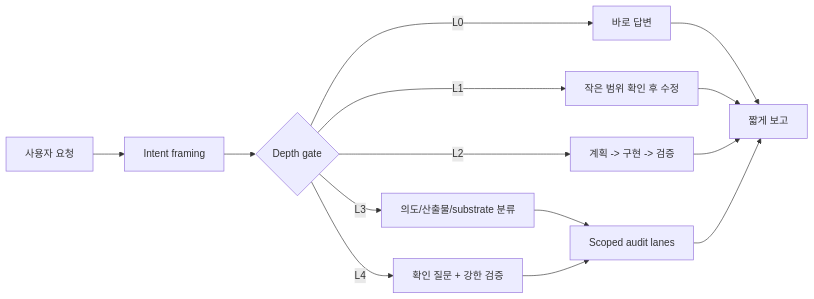
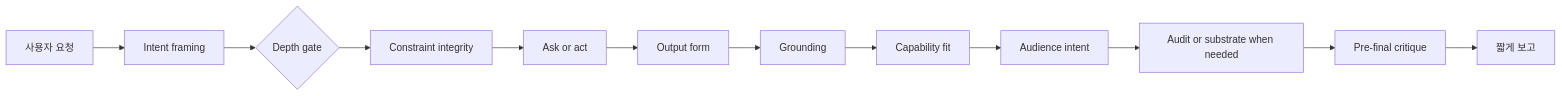
The diagram in README.md (Nam-Cheol/codex-fable-mode), drawn with Mermaid before and after one commit. The commit also changed other lines of this file and 13 other files, not shown here.

````diff
--- a/README.md
+++ b/README.md
@@ -30,16 +34,14 @@
 ```mermaid
 flowchart LR
     A["사용자 요청"] --> B["Intent framing"]
     B --> C{"Depth gate"}
-    C -->|L0| D["바로 답변"]
-    C -->|L1| E["작은 범위 확인 후 수정"]
-    C -->|L2| F["계획 -> 구현 -> 검증"]
-    C -->|L3| G["의도/산출물/substrate 분류"]
-    C -->|L4| H["확인 질문 + 강한 검증"]
-    G --> I["Scoped audit lanes"]
-    H --> I
-    D --> J["짧게 보고"]
-    E --> J
-    F --> J
-    I --> J
+    C --> D["Constraint integrity"]
+    D --> E["Ask or act"]
+    E --> F["Output form"]
+    F --> G["Grounding"]
+    G --> H["Capability fit"]
+    H --> I["Audience intent"]
+    I --> J["Audit or substrate when needed"]
+    J --> K["Pre-final critique"]
+    K --> L["짧게 보고"]
 ```
````
